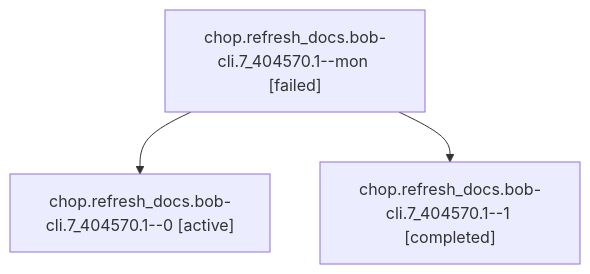
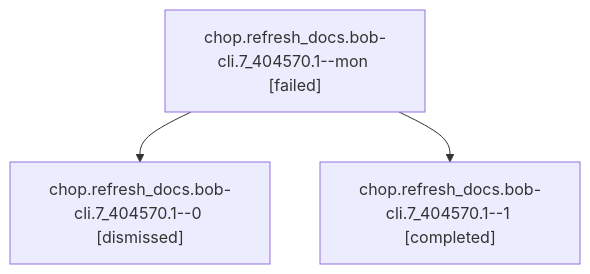
One commit to bobs-org/bob-cli--agents changed the diagram in sessions/bbugyi200.athena.chop.refresh_docs.bob-cli.7_404570.1.md. Above: the diagram before and after it, drawn with Mermaid. The commit also changed other lines of this file and 102 other files, not shown here.

````diff
--- a/sessions/bbugyi200.athena.chop.refresh_docs.bob-cli.7_404570.1.md
+++ b/sessions/bbugyi200.athena.chop.refresh_docs.bob-cli.7_404570.1.md
@@ -9,8 +9,8 @@
 ```mermaid
 flowchart TD
   n0["chop.refresh_docs.bob-cli.7_404570.1--mon [failed]"]
-  n1["chop.refresh_docs.bob-cli.7_404570.1--0 [active]"]
+  n1["chop.refresh_docs.bob-cli.7_404570.1--0 [dismissed]"]
   n0 --> n1
   n2["chop.refresh_docs.bob-cli.7_404570.1--1 [completed]"]
   n0 --> n2
 ```
````
